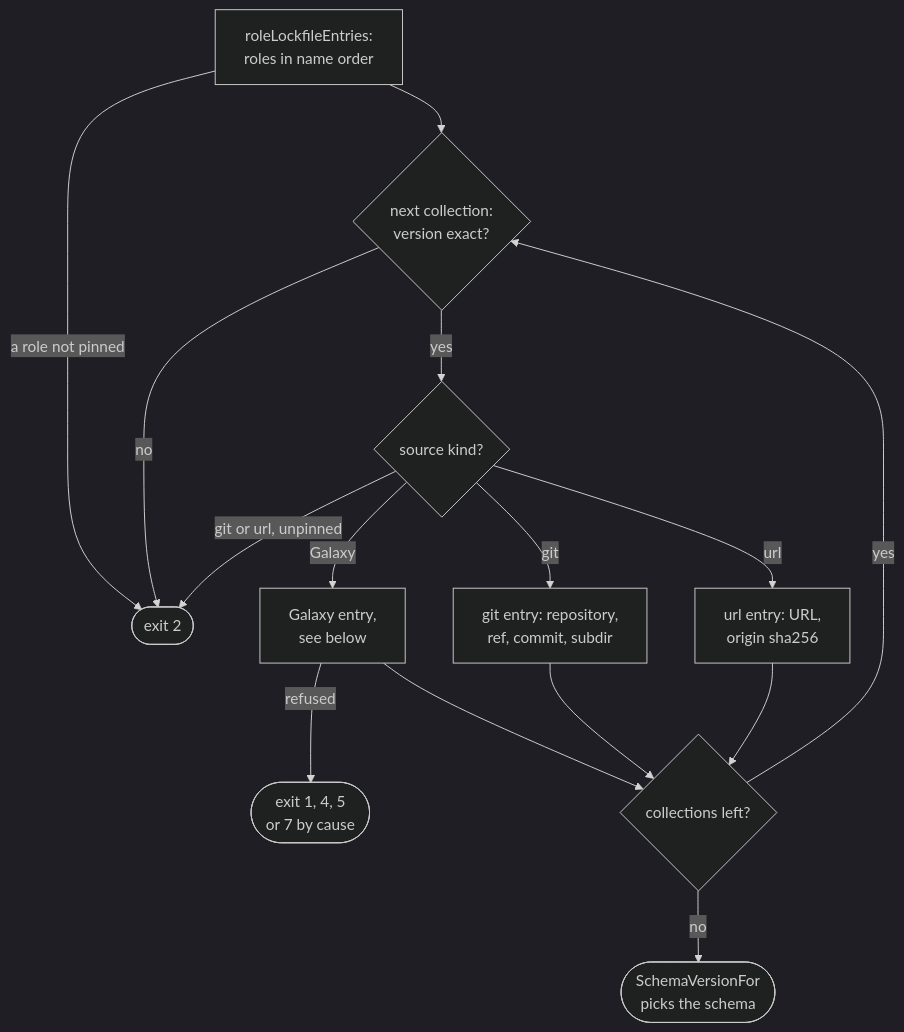
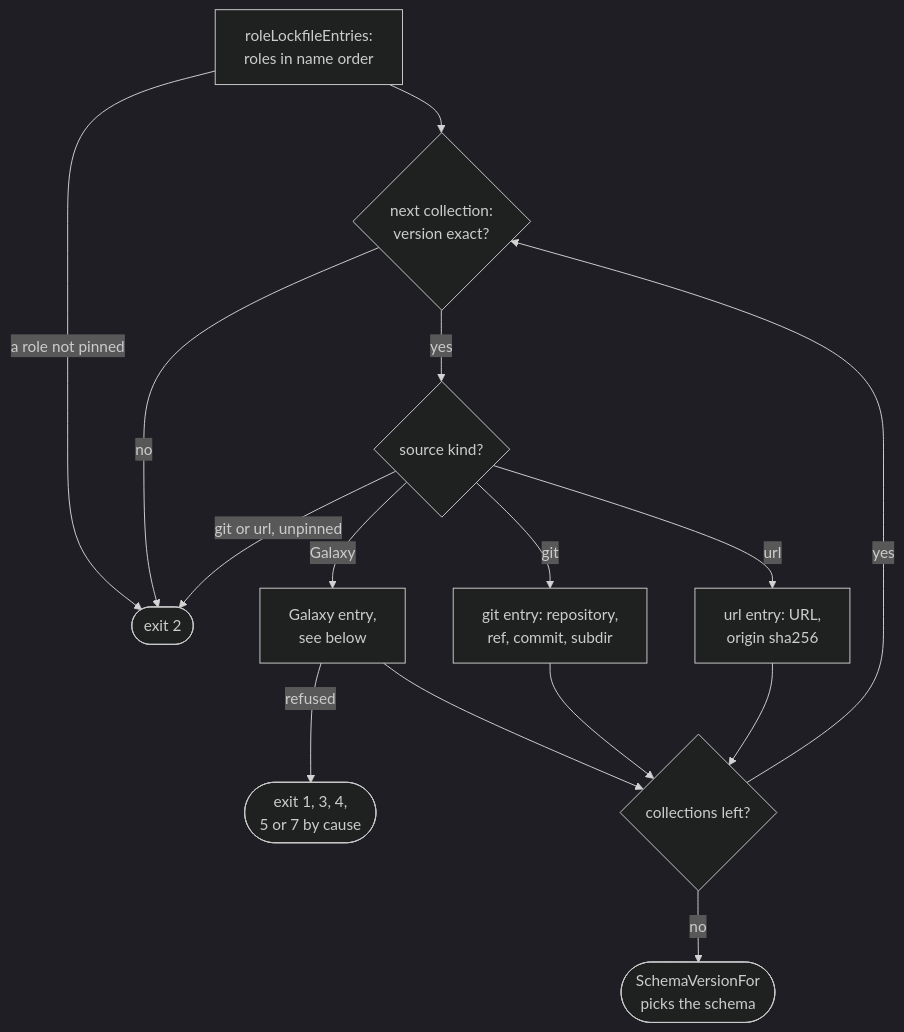
One commit to greeddj/go-galaxy changed the second of 4 diagrams in docs/internals/flow-lock.md. Above: the diagram before and after it, drawn with Mermaid (dark theme). The commit also changed other lines of this file and 3 other files, not shown here.

````diff
--- a/docs/internals/flow-lock.md
+++ b/docs/internals/flow-lock.md
@@ -34,17 +34,17 @@
 ```mermaid
 flowchart TD
   B1["roleLockfileEntries:<br/>roles in name order"] -->|"a role not pinned"| X2(["exit 2"])
   B1 --> B2{"next collection:<br/>version exact?"}
   B2 -->|"no"| X2
   B2 -->|"yes"| B3{"source kind?"}
   B3 -->|"git or url, unpinned"| X2
   B3 -->|"Galaxy"| B6["Galaxy entry,<br/>see below"]
   B3 -->|"git"| B4["git entry: repository,<br/>ref, commit, subdir"]
   B3 -->|"url"| B5["url entry: URL,<br/>origin sha256"]
-  B6 -->|"refused"| XG(["exit 1, 4, 5<br/>or 7 by cause"])
+  B6 -->|"refused"| XG(["exit 1, 3, 4,<br/>5 or 7 by cause"])
   B6 --> B11{"collections left?"}
   B4 --> B11
   B5 --> B11
   B11 -->|"yes"| B2
   B11 -->|"no"| B12(["SchemaVersionFor<br/>picks the schema"])
 ```
````
